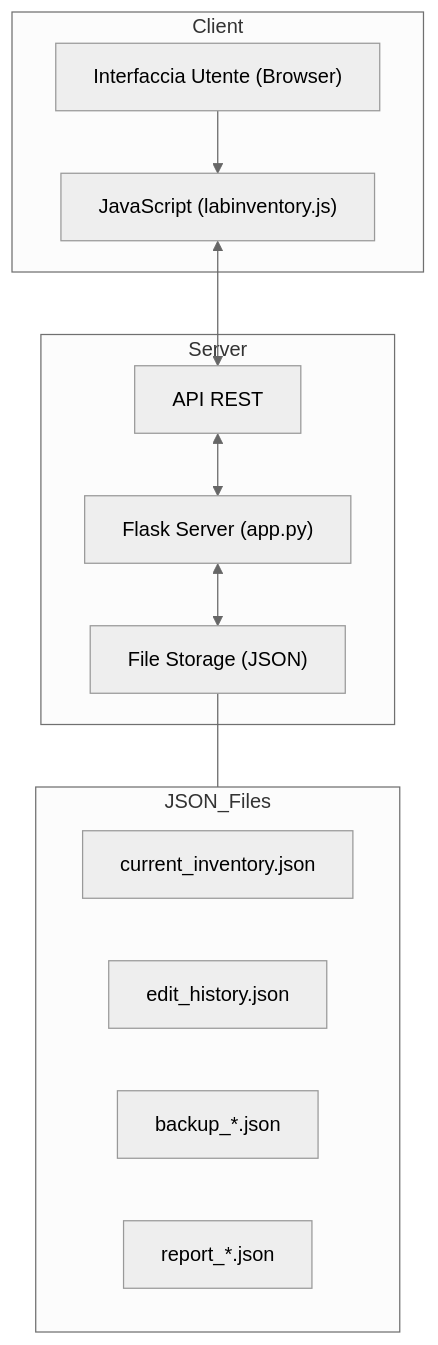
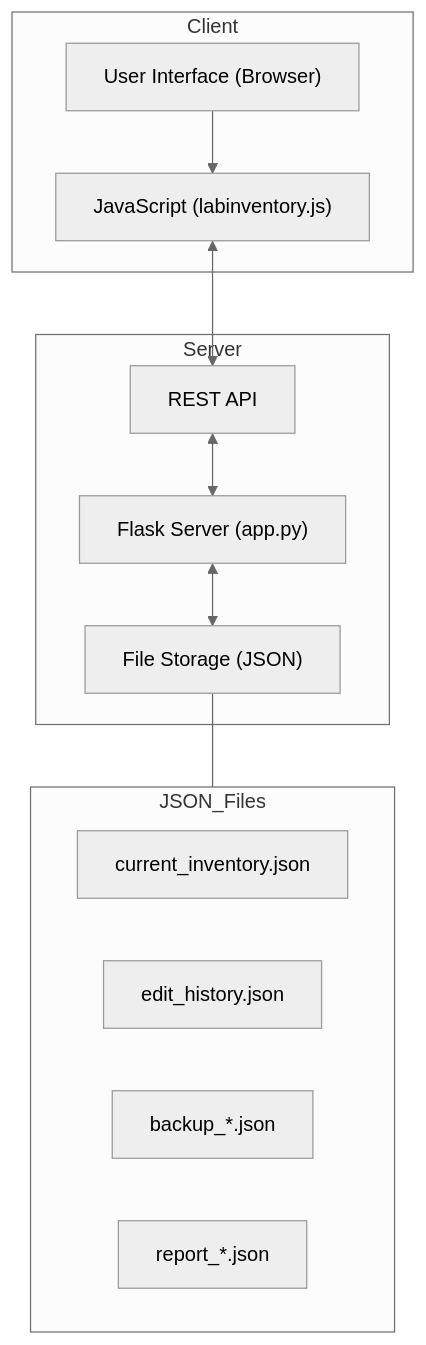
The first of 2 diagrams in README.md (GrennMilo/Lab_Inventory), drawn with Mermaid (neutral theme) before and after one commit. The commit also changed other lines of this file, not shown here.

````diff
--- a/README.md
+++ b/README.md
@@ -143,27 +143,27 @@
 ```mermaid
 flowchart TD
     subgraph Client
-        UI["Interfaccia Utente (Browser)"]
+        UI["User Interface (Browser)"]
         JS["JavaScript (labinventory.js)"]
     end
     
     subgraph Server
         FLK["Flask Server (app.py)"]
-        API["API REST"]
+        API["REST API"]
         DB["File Storage (JSON)"]
     end
     
     UI --> JS
     JS <--> API
     API <--> FLK
     FLK <--> DB
     
     subgraph JSON_Files
         INV["current_inventory.json"]
         HIST["edit_history.json"]
         BCKP["backup_*.json"]
         REP["report_*.json"]
     end
     
     DB --- JSON_Files
 ```
````
